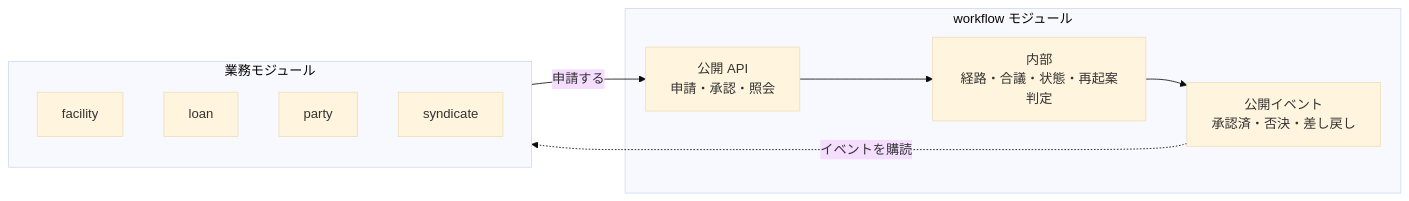
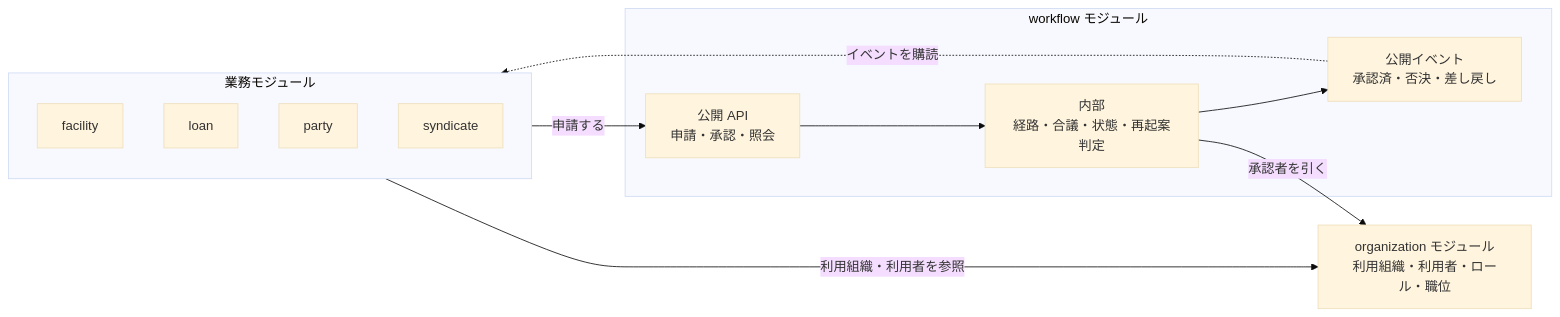
One commit to tis-abe-akira/ddd-syndicate-loan changed the diagram in docs/architecture/design-principles.md. Above: the diagram before and after it, drawn with Mermaid (base theme). The commit also changed other lines of this file and 2 other files, not shown here.

````diff
--- a/docs/architecture/design-principles.md
+++ b/docs/architecture/design-principles.md
@@ -38,14 +40,17 @@
 ```mermaid
 flowchart LR
     subgraph biz[業務モジュール]
         F[facility] & L[loan] & P[party] & S[syndicate]
     end
     subgraph wf[workflow モジュール]
         API[公開 API<br/>申請・承認・照会]
         EV[公開イベント<br/>承認済・否決・差し戻し]
         CORE[内部<br/>経路・合議・状態・再起案判定]
     end
+    ORG[organization モジュール<br/>利用組織・利用者・ロール・職位]
     biz -->|申請する| API
     EV -.イベントを購読.-> biz
     API --> CORE --> EV
+    CORE -->|承認者を引く| ORG
+    biz -->|利用組織・利用者を参照| ORG
 ```
````
